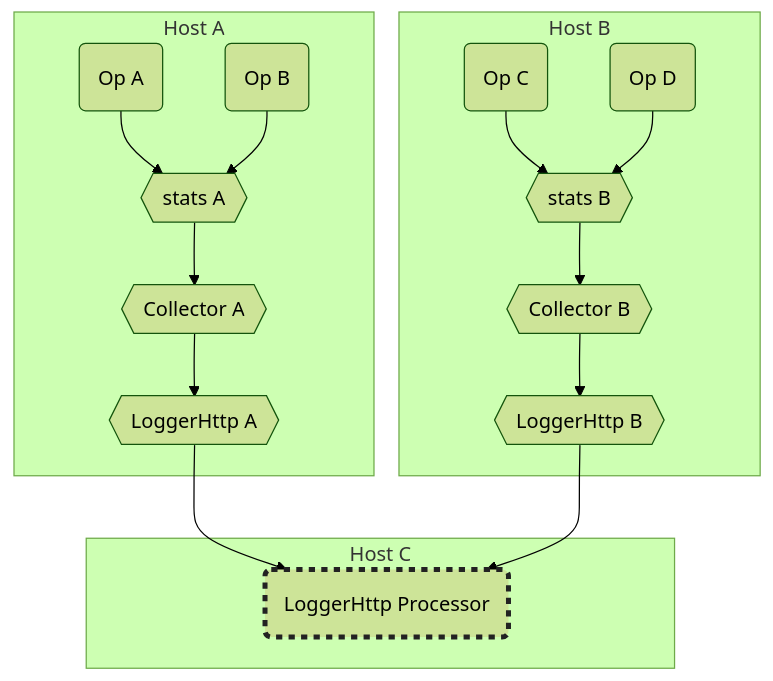
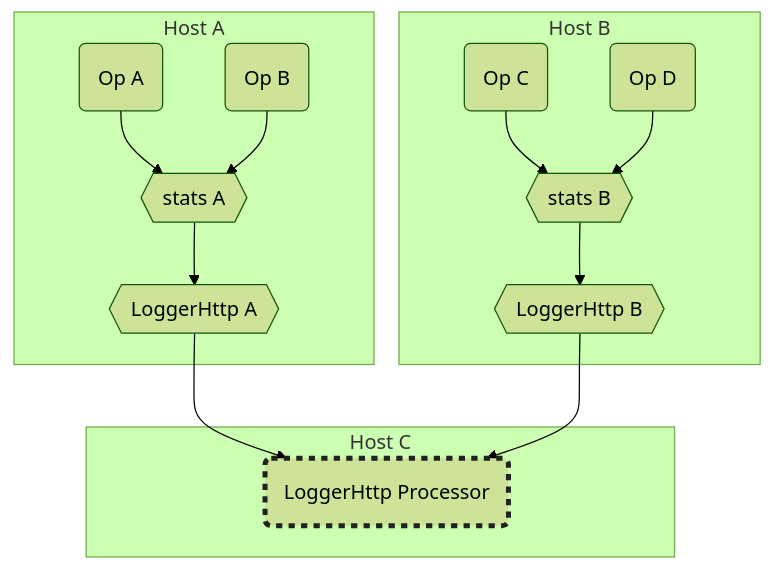
The second of 2 diagrams in README.md (facebookresearch/shumai), drawn with Mermaid (forest theme) before and after one commit. The commit also changed other lines of this file and 18 other files, not shown here.

````diff
--- a/README.md
+++ b/README.md
@@ -364,19 +359,19 @@
 ```mermaid
 graph TD
   subgraph Host C
     Processor("LoggerHttp Processor")
     style Processor stroke:#222,stroke-width:4px,stroke-dasharray:5 5
   end
   subgraph Host A
     OpA(Op A) --> statsA{{"stats A"}};
     OpB(Op B) --> statsA;
-    statsA --> CollectorA{{"Collector A"}};
-    CollectorA --> LoggerA{{"LoggerHttp A"}} --> Processor;
+    statsA --> LoggerA{{"LoggerHttp A"}};
+    LoggerA --> Processor;
   end
   subgraph Host B
     OpC(Op C) --> statsB{{"stats B"}};
     OpD(Op D) --> statsB;
-    statsB --> CollectorB{{"Collector B"}};
-    CollectorB --> LoggerB{{"LoggerHttp B"}} --> Processor;    
+    statsB --> LoggerB{{"LoggerHttp B"}};
+    LoggerB --> Processor;
   end
 ```
````
